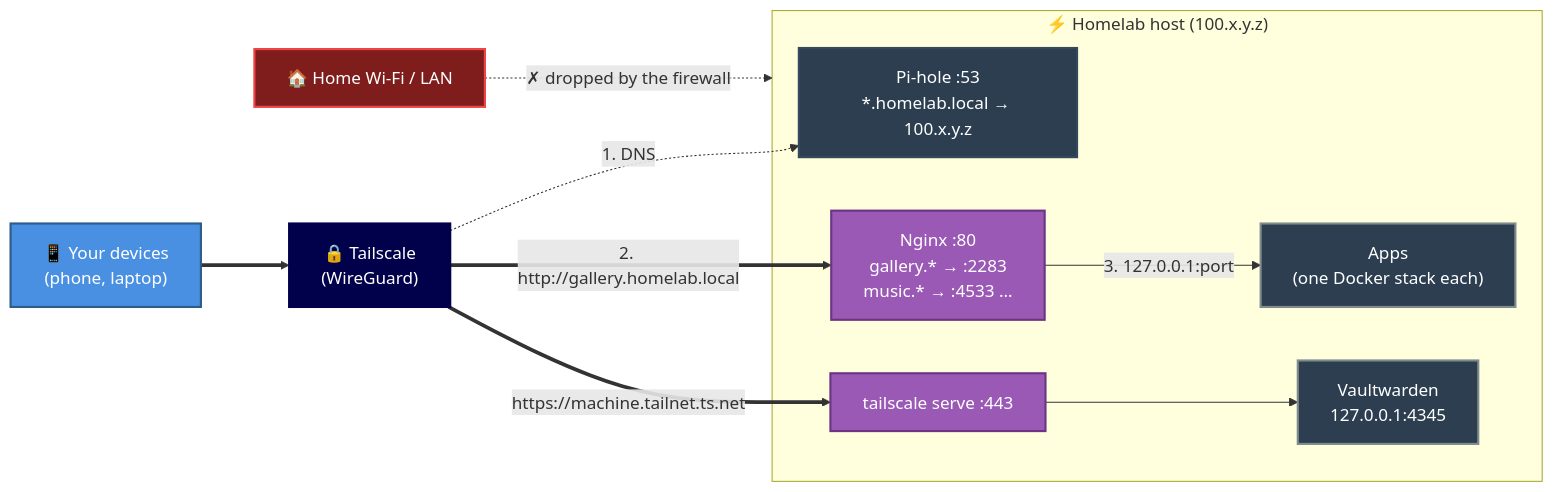
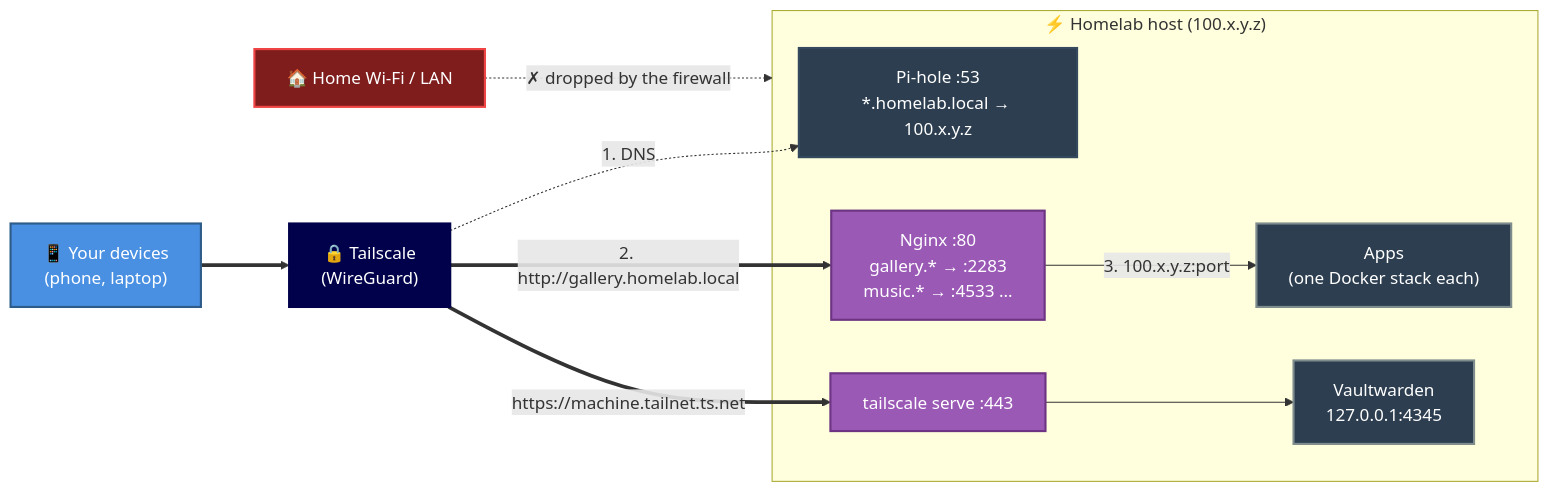
Before and after one commit to spaceadler/homelab: the diagram in README.md, drawn with Mermaid. The commit also changed other lines of this file and 32 other files, not shown here.

````diff
--- a/README.md
+++ b/README.md
@@ -53,28 +53,28 @@
 ```mermaid
 graph LR
     classDef client fill:#4A90E2,stroke:#2E5C8A,stroke-width:2px,color:#fff;
     classDef vpn fill:#00004B,stroke:#00004B,stroke-width:2px,color:#fff;
     classDef dns fill:#2C3E50,stroke:#34495E,stroke-width:2px,color:#fff;
     classDef proxy fill:#9B59B6,stroke:#6C3483,stroke-width:2px,color:#fff;
     classDef service fill:#2C3E50,stroke:#7F8C8D,stroke-width:2px,color:#fff;
     classDef blocked fill:#7f1d1d,stroke:#ef4444,stroke-width:2px,color:#fff;
 
     User["📱 Your devices<br/>(phone, laptop)"]:::client
     VPN["🔒 Tailscale<br/>(WireGuard)"]:::vpn
     LAN["🏠 Home Wi-Fi / LAN"]:::blocked
 
     subgraph Host [" ⚡ Homelab host (100.x.y.z) "]
         PiHole["Pi-hole :53<br/>*.homelab.local → 100.x.y.z"]:::dns
         Nginx["Nginx :80<br/>gallery.* → :2283<br/>music.* → :4533 …"]:::proxy
         Serve["tailscale serve :443"]:::proxy
         Apps["Apps<br/>(one Docker stack each)"]:::service
         Vault["Vaultwarden<br/>127.0.0.1:4345"]:::service
     end
 
     User ==> VPN
     VPN -.->|"1. DNS"| PiHole
     VPN ==>|"2. http://gallery.homelab.local"| Nginx
-    Nginx -->|"3. 127.0.0.1:port"| Apps
+    Nginx -->|"3. 100.x.y.z:port"| Apps
     VPN ==>|"https://machine.tailnet.ts.net"| Serve --> Vault
     LAN -. "✗ dropped by the firewall" .-> Host
 ```
````
